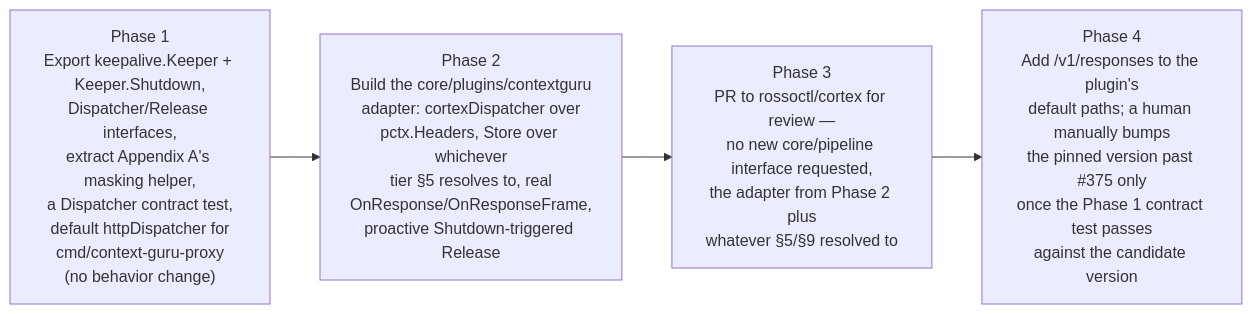
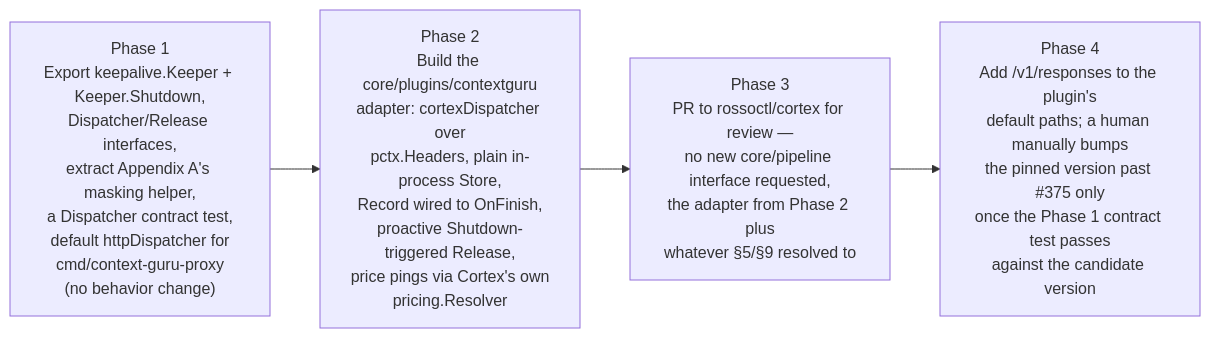
Before and after one commit to rossoctl/context-guru: the fifth of 5 diagrams in docs/proposals/cortex-integration.md, drawn with Mermaid. The commit also changed other lines of this file, not shown here.

First line of the commit message:
docs: fold in Hai's storage/OnFinish decisions, propose cost-ledger API

````diff
--- a/docs/proposals/cortex-integration.md
+++ b/docs/proposals/cortex-integration.md
@@ -494,7 +523,7 @@
 ```mermaid
 graph LR
     P1["Phase 1<br/>Export keepalive.Keeper + Keeper.Shutdown,<br/>Dispatcher/Release interfaces,<br/>extract Appendix A's masking helper,<br/>a Dispatcher contract test,<br/>default httpDispatcher for<br/>cmd/context-guru-proxy<br/>(no behavior change)"] --> P2
-    P2["Phase 2<br/>Build the core/plugins/contextguru<br/>adapter: cortexDispatcher over<br/>pctx.Headers, Store over whichever<br/>tier §5 resolves to, real<br/>OnResponse/OnResponseFrame,<br/>proactive Shutdown-triggered Release"] --> P3
+    P2["Phase 2<br/>Build the core/plugins/contextguru<br/>adapter: cortexDispatcher over<br/>pctx.Headers, plain in-process Store,<br/>Record wired to OnFinish,<br/>proactive Shutdown-triggered Release,<br/>price pings via Cortex's own<br/>pricing.Resolver"] --> P3
     P3["Phase 3<br/>PR to rossoctl/cortex for review —<br/>no new core/pipeline interface requested,<br/>the adapter from Phase 2 plus<br/>whatever §5/§9 resolved to"] --> P4
     P4["Phase 4<br/>Add /v1/responses to the plugin's<br/>default paths; a human manually bumps<br/>the pinned version past #375 only<br/>once the Phase 1 contract test passes<br/>against the candidate version"]
 ```
````
